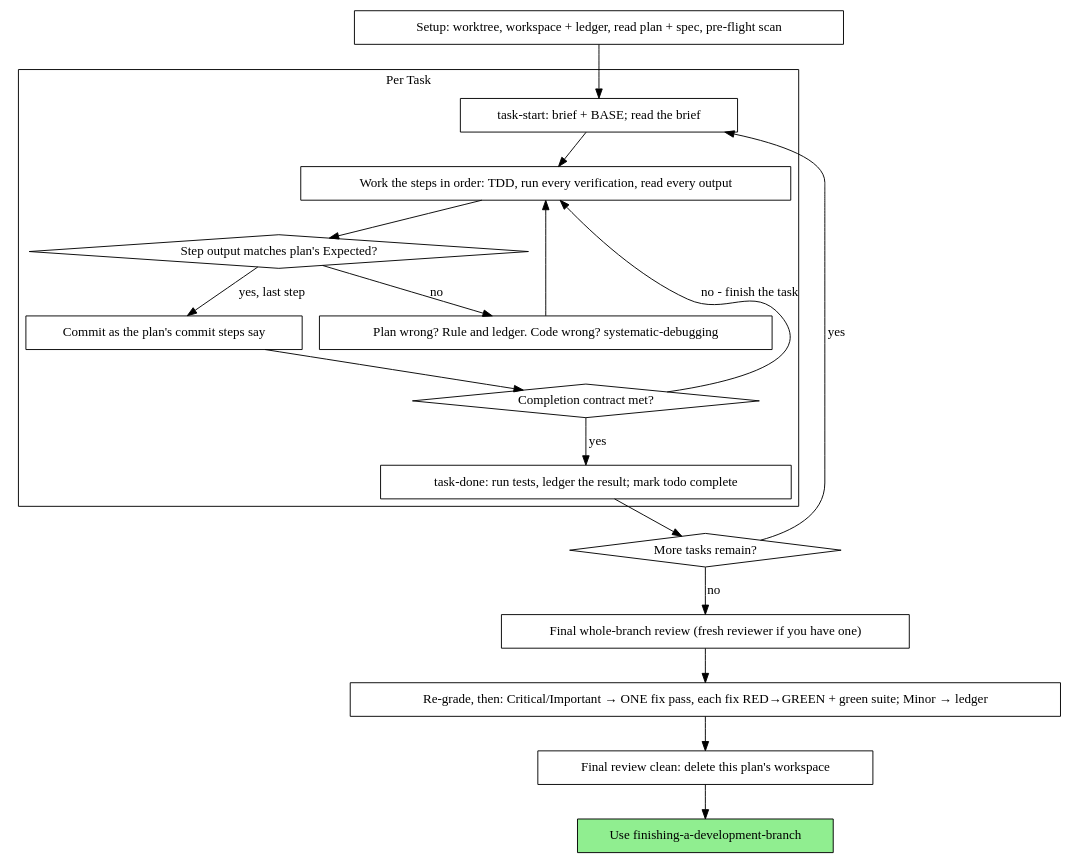
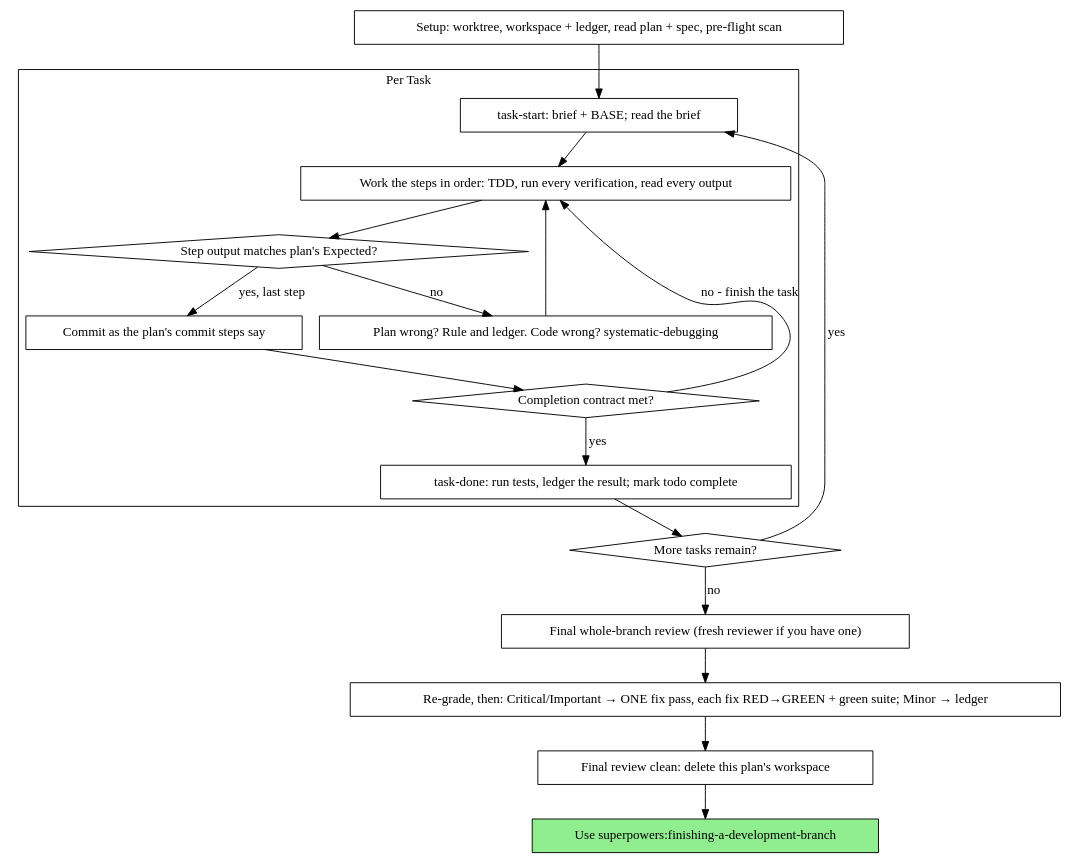
The diagram in assets/methods/superpowers-dsh/executing-plans/SKILL.md (AlleinLin/dsh-noemaloom), drawn with Graphviz before and after one commit. The commit also changed other lines of this file and 1023 other files, not shown here.

````diff
--- a/assets/methods/superpowers-dsh/executing-plans/SKILL.md
+++ b/assets/methods/superpowers-dsh/executing-plans/SKILL.md
@@ -70,39 +70,39 @@
 ```dot
 digraph process {
     rankdir=TB;
 
     subgraph cluster_per_task {
         label="Per Task";
         "task-start: brief + BASE; read the brief" [shape=box];
         "Work the steps in order: TDD, run every verification, read every output" [shape=box];
         "Step output matches plan's Expected?" [shape=diamond];
         "Plan wrong? Rule and ledger. Code wrong? systematic-debugging" [shape=box];
         "Commit as the plan's commit steps say" [shape=box];
         "Completion contract met?" [shape=diamond];
         "task-done: run tests, ledger the result; mark todo complete" [shape=box];
     }
 
     "Setup: worktree, workspace + ledger, read plan + spec, pre-flight scan" [shape=box];
     "More tasks remain?" [shape=diamond];
     "Final whole-branch review (fresh reviewer if you have one)" [shape=box];
     "Re-grade, then: Critical/Important → ONE fix pass, each fix RED→GREEN + green suite; Minor → ledger" [shape=box];
     "Final review clean: delete this plan's workspace" [shape=box];
-    "Use finishing-a-development-branch" [shape=box style=filled fillcolor=lightgreen];
+    "Use superpowers:finishing-a-development-branch" [shape=box style=filled fillcolor=lightgreen];
 
     "Setup: worktree, workspace + ledger, read plan + spec, pre-flight scan" -> "task-start: brief + BASE; read the brief";
     "task-start: brief + BASE; read the brief" -> "Work the steps in order: TDD, run every verification, read every output";
     "Work the steps in order: TDD, run every verification, read every output" -> "Step output matches plan's Expected?";
     "Step output matches plan's Expected?" -> "Plan wrong? Rule and ledger. Code wrong? systematic-debugging" [label="no"];
     "Plan wrong? Rule and ledger. Code wrong? systematic-debugging" -> "Work the steps in order: TDD, run every verification, read every output";
     "Step output matches plan's Expected?" -> "Commit as the plan's commit steps say" [label="yes, last step"];
     "Commit as the plan's commit steps say" -> "Completion contract met?";
     "Completion contract met?" -> "Work the steps in order: TDD, run every verification, read every output" [label="no - finish the task"];
     "Completion contract met?" -> "task-done: run tests, ledger the result; mark todo complete" [label="yes"];
     "task-done: run tests, ledger the result; mark todo complete" -> "More tasks remain?";
     "More tasks remain?" -> "task-start: brief + BASE; read the brief" [label="yes"];
     "More tasks remain?" -> "Final whole-branch review (fresh reviewer if you have one)" [label="no"];
     "Final whole-branch review (fresh reviewer if you have one)" -> "Re-grade, then: Critical/Important → ONE fix pass, each fix RED→GREEN + green suite; Minor → ledger";
     "Re-grade, then: Critical/Important → ONE fix pass, each fix RED→GREEN + green suite; Minor → ledger" -> "Final review clean: delete this plan's workspace";
-    "Final review clean: delete this plan's workspace" -> "Use finishing-a-development-branch";
+    "Final review clean: delete this plan's workspace" -> "Use superpowers:finishing-a-development-branch";
 }
 ```
````
